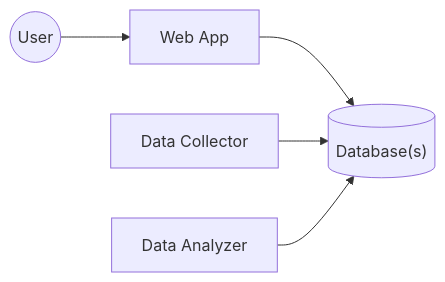
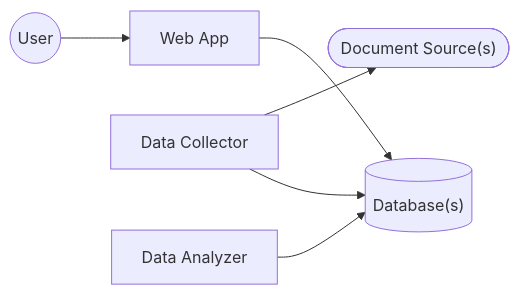
One commit to initialcapacity/news-analyzer changed the first of 3 diagrams in README.md. Above: the diagram before and after it, drawn with Mermaid. The commit also changed other lines of this file, not shown here.

Commit message:
Add document source to the data collector diagram

````diff
--- a/README.md
+++ b/README.md
@@ -13,7 +13,15 @@
 ```mermaid
 flowchart LR
-    user((User)) --> app[Web App]
-    app --> db[("Database(s)")]
-    collector[Data Collector] --> db
-    analyzer[Data Analyzer] --> db
+    user((User))
+    app[Web App]
+    docs(["Document Source(s)"])
+    db[("Database(s)")]
+    collector[Data Collector]
+    analyzer[Data Analyzer]
+    
+    user --> app
+    collector --> docs
+    collector --> db
+    app --> db
+    analyzer --> db
 ```
````
